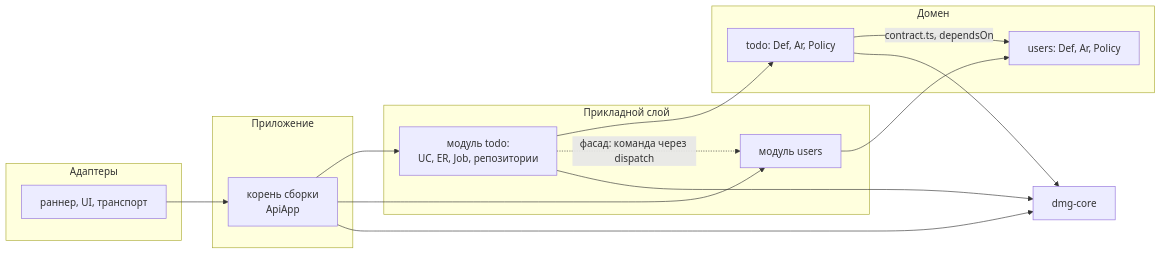
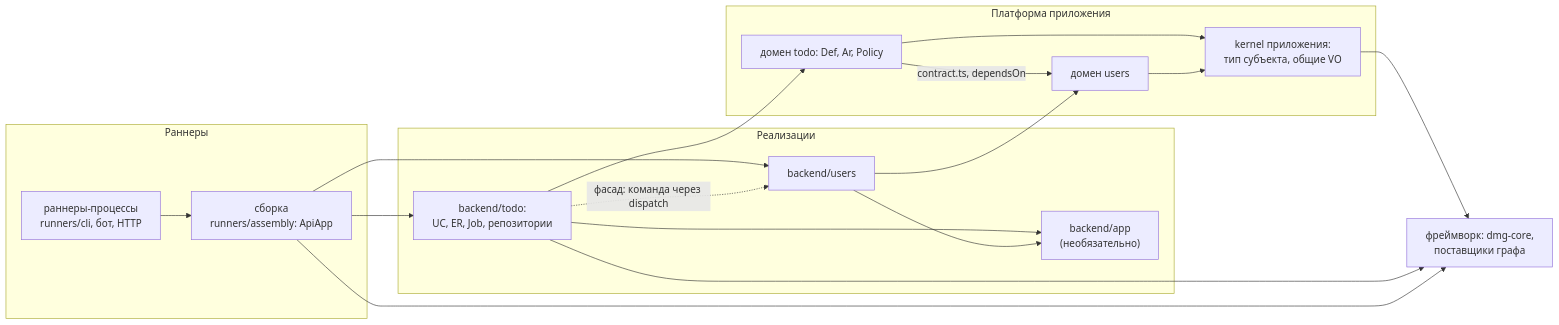
One commit to recode-ak/dmg-core changed the diagram in docs/concepts/layers.md. Above: the diagram before and after it, drawn with Mermaid. The commit also changed other lines of this file and 9 other files, not shown here.

````diff
--- a/docs/concepts/layers.md
+++ b/docs/concepts/layers.md
@@ -18,24 +18,26 @@
 ```mermaid
 flowchart LR
-  subgraph Адаптеры
-    RUN["раннер, UI, транспорт"]
+  subgraph Раннеры
+    RUN["раннеры-процессы<br/>runners/cli, бот, HTTP"]
+    ASM["сборка<br/>runners/assembly: ApiApp"]
   end
-  subgraph Приложение
-    APP["корень сборки<br/>ApiApp"]
+  subgraph Реализации
+    BT["backend/todo:<br/>UC, ER, Job, репозитории"]
+    BU["backend/users"]
+    BA["backend/app<br/>(необязательно)"]
   end
-  subgraph "Прикладной слой"
-    AT["модуль todo:<br/>UC, ER, Job, репозитории"]
-    AU["модуль users"]
+  subgraph "Платформа приложения"
+    DT["домен todo: Def, Ar, Policy"]
+    DU["домен users"]
+    K["kernel приложения:<br/>тип субъекта, общие VO"]
   end
-  subgraph Домен
-    DT["todo: Def, Ar, Policy"]
-    DU["users: Def, Ar, Policy"]
-  end
-  CORE["dmg-core"]
-  RUN --> APP --> AT & AU
-  AT --> DT
-  AU --> DU
+  FW["фреймворк: dmg-core,<br/>поставщики графа"]
+  RUN --> ASM --> BT & BU
+  BT & BU --> BA
+  BT --> DT
+  BU --> DU
   DT -->|"contract.ts, dependsOn"| DU
-  AT -.->|"фасад: команда через dispatch"| AU
-  DT & AT & APP --> CORE
+  BT -.->|"фасад: команда через dispatch"| BU
+  DT & DU --> K
+  K & BT & ASM --> FW
 ```
````
